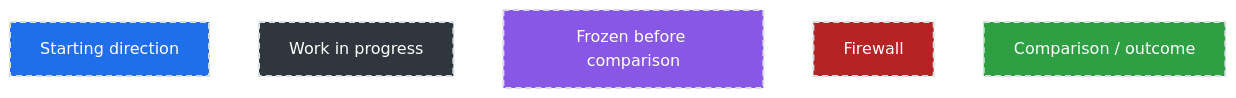
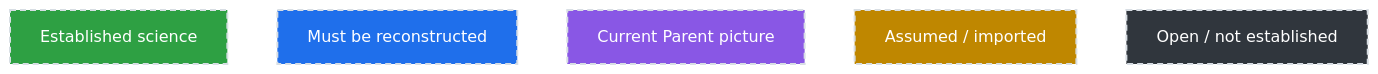
The first of 2 diagrams in Simplified_Framework/WHY_THIS_IS_NOT_A_THEORY_OF_EVERYTHING_YET.md (cameron467/The-Unbreakable-Law), drawn with Mermaid (forest theme) before and after one commit. The commit also changed other lines of this file, not shown here.

````diff
--- a/Simplified_Framework/WHY_THIS_IS_NOT_A_THEORY_OF_EVERYTHING_YET.md
+++ b/Simplified_Framework/WHY_THIS_IS_NOT_A_THEORY_OF_EVERYTHING_YET.md
@@ -36,26 +24,26 @@
 ```mermaid
 flowchart LR
 
-    A["Starting direction"]
-    B["Work in progress"]
-    C["Frozen before comparison"]
-    D["Firewall"]
-    E["Comparison / outcome"]
+    A["Established science"]
+    B["Must be reconstructed"]
+    C["Current Parent picture"]
+    D["Assumed / imported"]
+    E["Open / not established"]
 
     A ~~~ B
     B ~~~ C
     C ~~~ D
     D ~~~ E
 
-    classDef start fill:#1f6feb,stroke:#d8dee4,stroke-width:2px,stroke-dasharray:6 4,color:#ffffff;
-    classDef work fill:#30363d,stroke:#d8dee4,stroke-width:2px,stroke-dasharray:6 4,color:#ffffff;
-    classDef freeze fill:#8957e5,stroke:#d8dee4,stroke-width:2px,stroke-dasharray:6 4,color:#ffffff;
-    classDef firewall fill:#b62324,stroke:#d8dee4,stroke-width:2px,stroke-dasharray:6 4,color:#ffffff;
-    classDef result fill:#2ea043,stroke:#d8dee4,stroke-width:2px,stroke-dasharray:6 4,color:#ffffff;
+    classDef known fill:#2ea043,stroke:#d8dee4,stroke-width:2px,stroke-dasharray:6 4,color:#ffffff;
+    classDef required fill:#1f6feb,stroke:#d8dee4,stroke-width:2px,stroke-dasharray:6 4,color:#ffffff;
+    classDef candidate fill:#8957e5,stroke:#d8dee4,stroke-width:2px,stroke-dasharray:6 4,color:#ffffff;
+    classDef assumed fill:#bf8700,stroke:#d8dee4,stroke-width:2px,stroke-dasharray:6 4,color:#ffffff;
+    classDef open fill:#30363d,stroke:#d8dee4,stroke-width:2px,stroke-dasharray:6 4,color:#ffffff;
 
-    class A start;
-    class B work;
-    class C freeze;
-    class D firewall;
-    class E result;
+    class A known;
+    class B required;
+    class C candidate;
+    class D assumed;
+    class E open;
 ```
````
